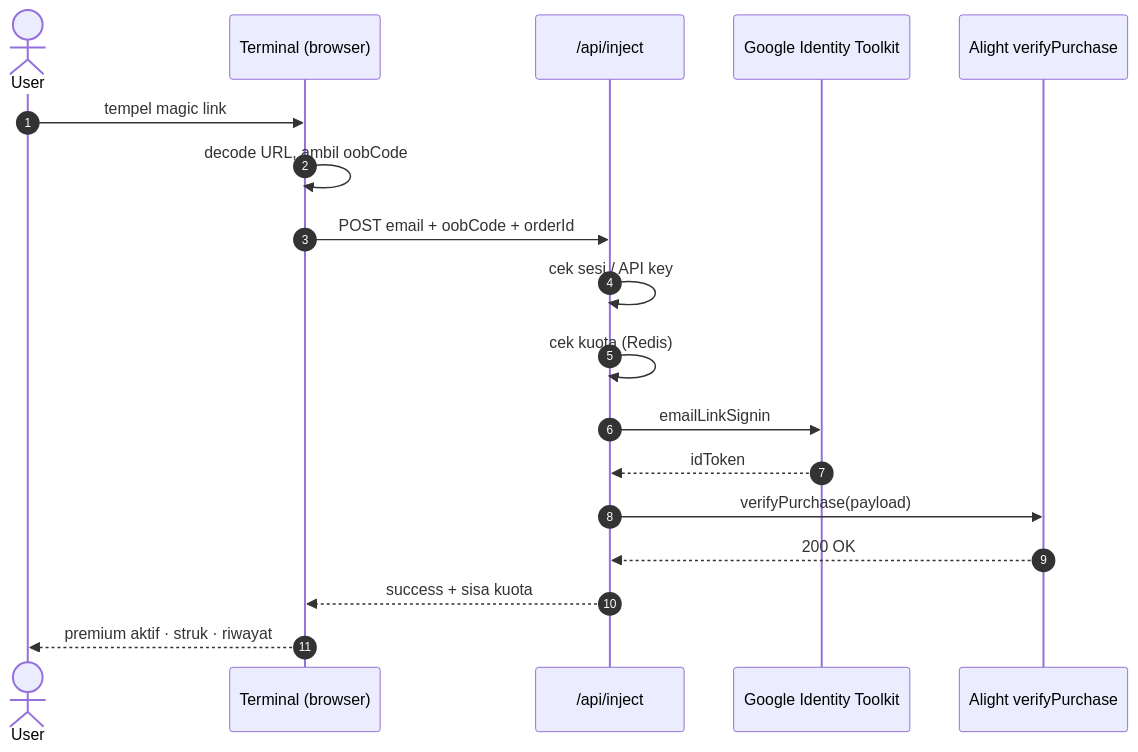
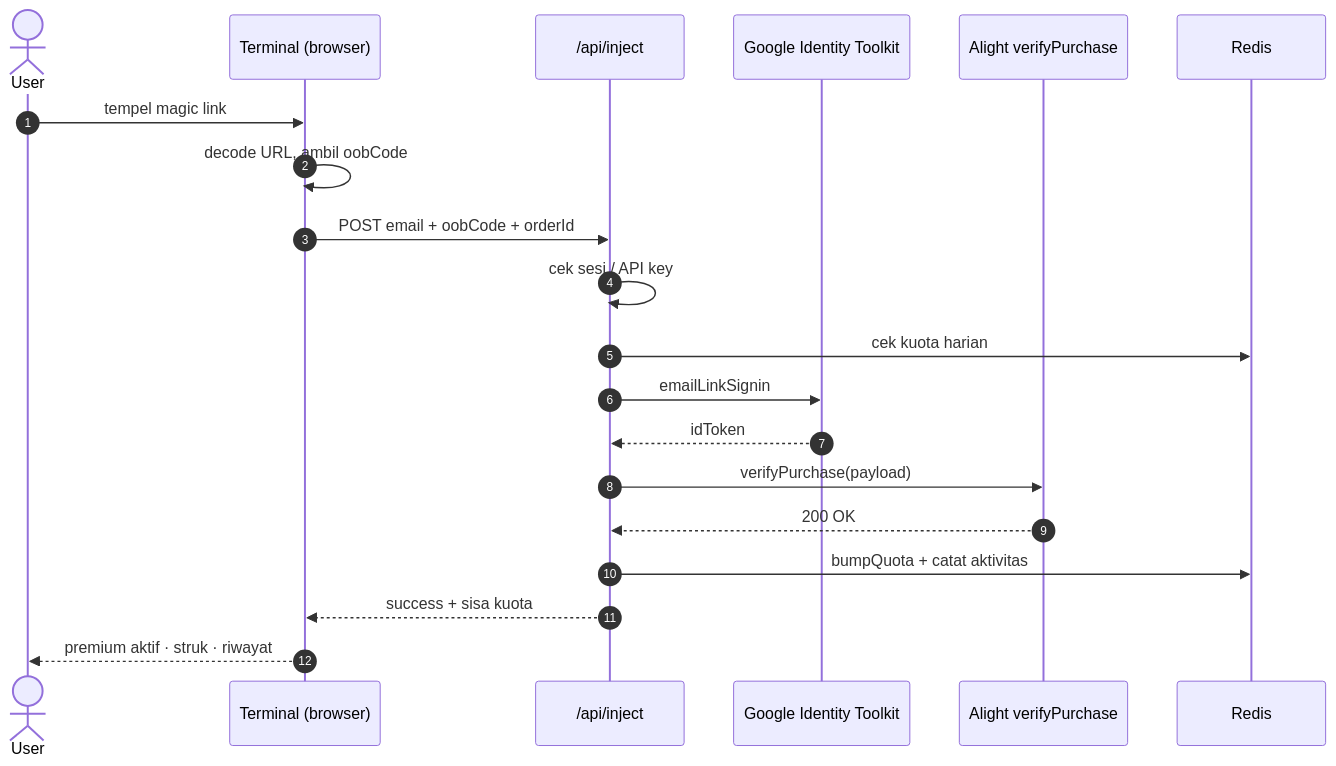
The second of 2 diagrams in README.md (kyedeveloper/am-premium), drawn with Mermaid before and after one commit. The commit also changed other lines of this file, not shown here.

````diff
--- a/README.md
+++ b/README.md
@@ -154,20 +222,22 @@
 ```mermaid
 sequenceDiagram
-  autonumber
-  actor U as User
-  participant T as Terminal (browser)
-  participant A as /api/inject
-  participant G as Google Identity Toolkit
-  participant L as Alight verifyPurchase
-  U->>T: tempel magic link
-  T->>T: decode URL, ambil oobCode
-  T->>A: POST email + oobCode + orderId
-  A->>A: cek sesi / API key
-  A->>A: cek kuota (Redis)
-  A->>G: emailLinkSignin
-  G-->>A: idToken
-  A->>L: verifyPurchase(payload)
-  L-->>A: 200 OK
-  A-->>T: success + sisa kuota
-  T-->>U: premium aktif · struk · riwayat
+    autonumber
+    actor U as User
+    participant T as Terminal (browser)
+    participant A as /api/inject
+    participant G as Google Identity Toolkit
+    participant L as Alight verifyPurchase
+    participant R as Redis
+    U->>T: tempel magic link
+    T->>T: decode URL, ambil oobCode
+    T->>A: POST email + oobCode + orderId
+    A->>A: cek sesi / API key
+    A->>R: cek kuota harian
+    A->>G: emailLinkSignin
+    G-->>A: idToken
+    A->>L: verifyPurchase(payload)
+    L-->>A: 200 OK
+    A->>R: bumpQuota + catat aktivitas
+    A-->>T: success + sisa kuota
+    T-->>U: premium aktif · struk · riwayat
 ```
````
